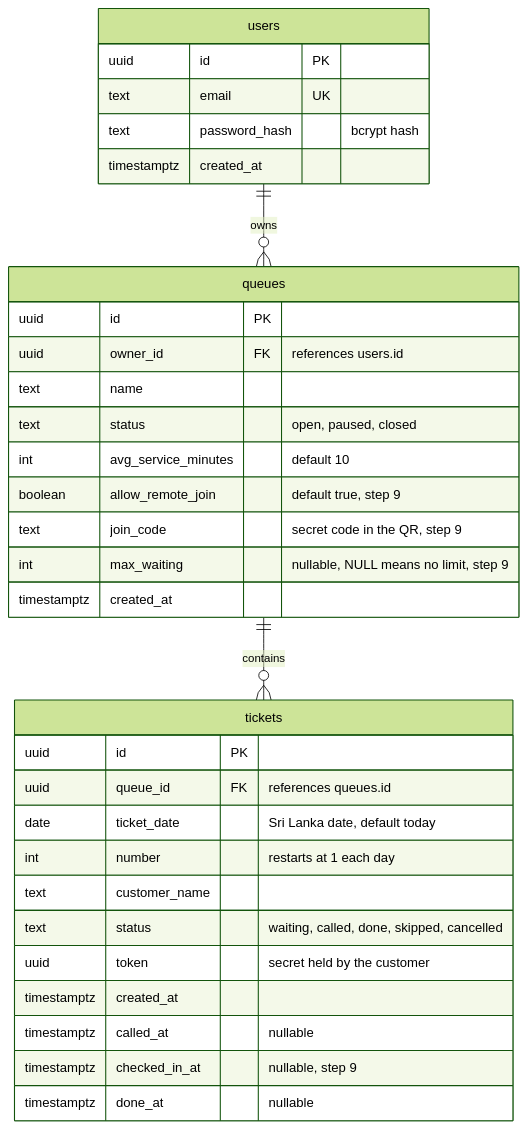
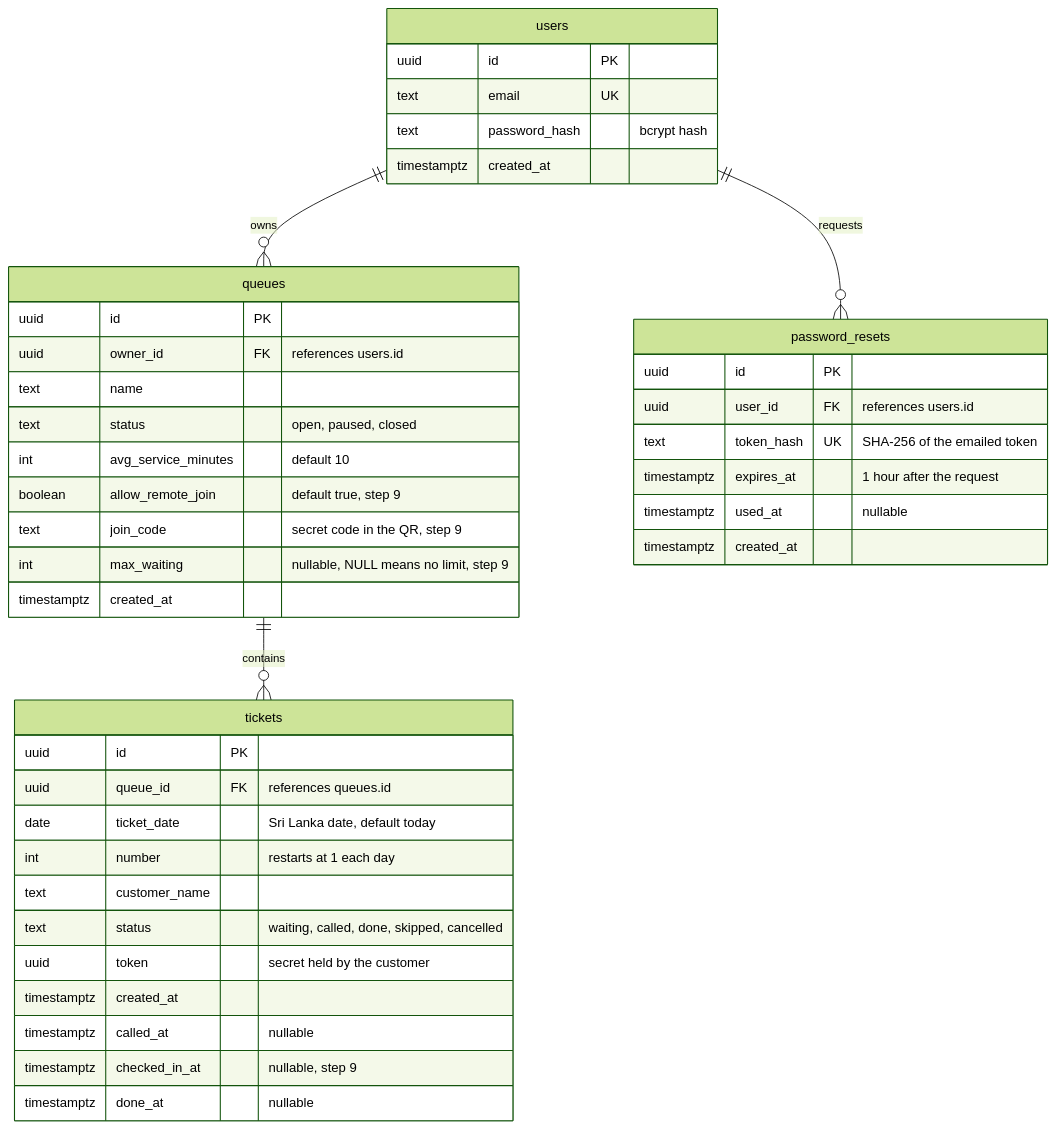
One commit to vidurukalpana/QueueLess changed the diagram in docs/er-diagram.md. Above: the diagram before and after it, drawn with Mermaid (forest theme). The commit also changed other lines of this file and 22 other files, not shown here.

Commit message:
add forgot password flow

````diff
--- a/docs/er-diagram.md
+++ b/docs/er-diagram.md
@@ -5,38 +5,48 @@
 ```mermaid
 erDiagram
     users ||--o{ queues : owns
+    users ||--o{ password_resets : requests
     queues ||--o{ tickets : contains
 
     users {
         uuid id PK
         text email UK
         text password_hash "bcrypt hash"
+        timestamptz created_at
+    }
+
+    password_resets {
+        uuid id PK
+        uuid user_id FK "references users.id"
+        text token_hash UK "SHA-256 of the emailed token"
+        timestamptz expires_at "1 hour after the request"
+        timestamptz used_at "nullable"
         timestamptz created_at
     }
 
     queues {
         uuid id PK
         uuid owner_id FK "references users.id"
         text name
         text status "open, paused, closed"
         int avg_service_minutes "default 10"
         boolean allow_remote_join "default true, step 9"
         text join_code "secret code in the QR, step 9"
         int max_waiting "nullable, NULL means no limit, step 9"
         timestamptz created_at
     }
 
     tickets {
         uuid id PK
         uuid queue_id FK "references queues.id"
         date ticket_date "Sri Lanka date, default today"
         int number "restarts at 1 each day"
         text customer_name
         text status "waiting, called, done, skipped, cancelled"
         uuid token "secret held by the customer"
         timestamptz created_at
         timestamptz called_at "nullable"
         timestamptz checked_in_at "nullable, step 9"
         timestamptz done_at "nullable"
     }
 ```
````
